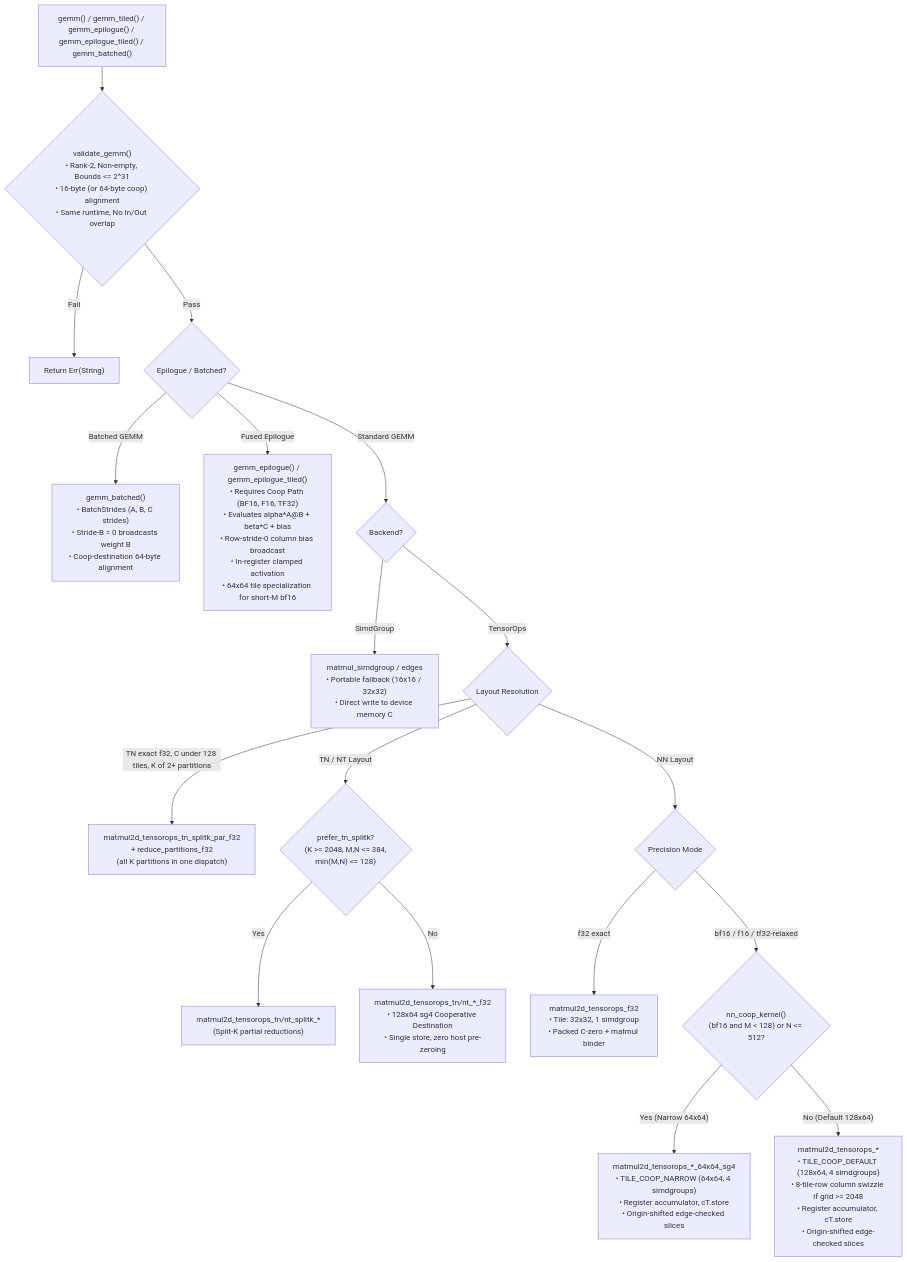
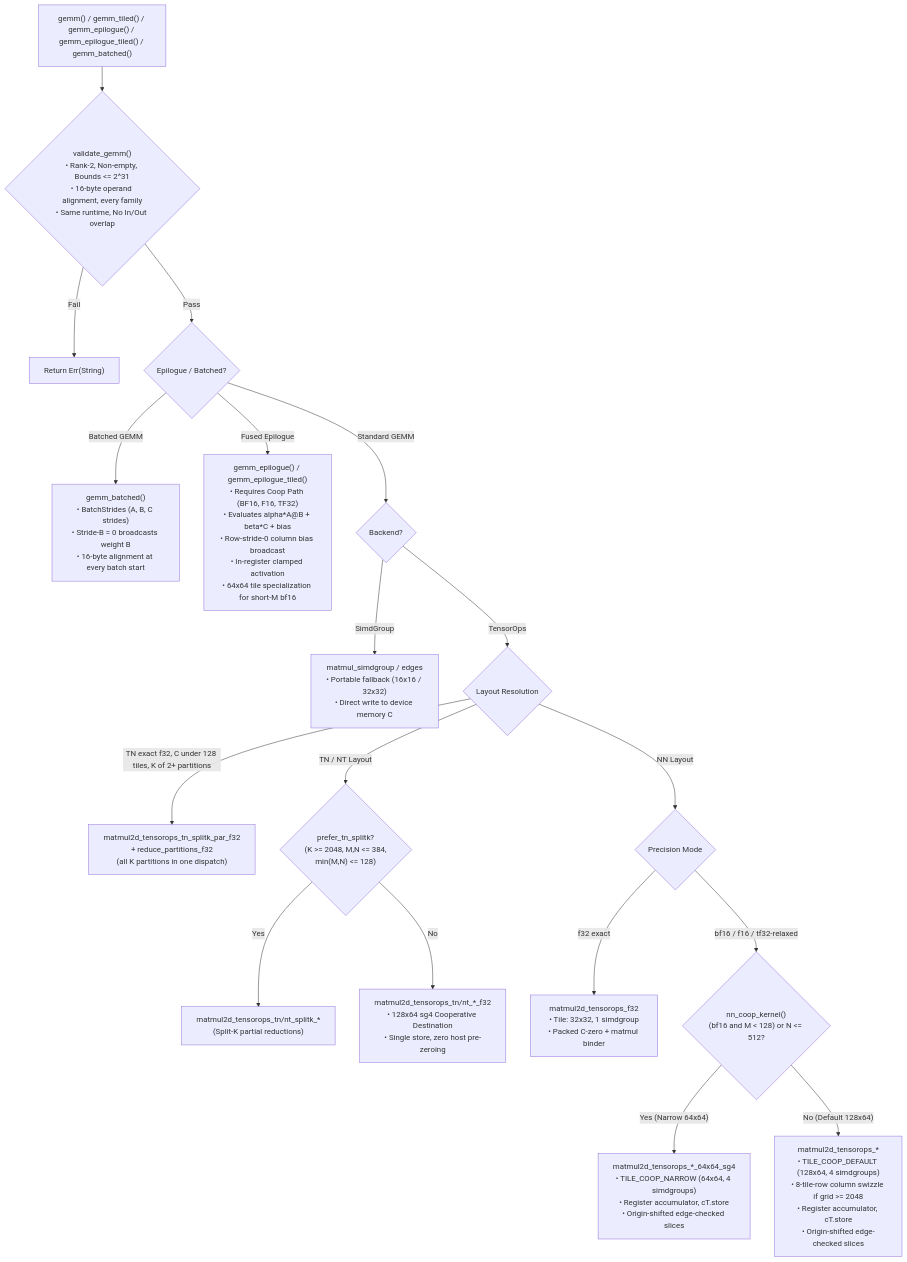
The third of 4 diagrams in README.md (bharathvbcr/tessl), drawn with Mermaid before and after one commit. The commit also changed 9 other files, not shown here.

````diff
--- a/README.md
+++ b/README.md
@@ -219,28 +219,28 @@
 ```mermaid
 flowchart TD
-    Start["gemm() / gemm_tiled() / gemm_epilogue() / gemm_epilogue_tiled() / gemm_batched()"] --> Validate{"validate_gemm()<br/>• Rank-2, Non-empty, Bounds &lt;= 2^31<br/>• 16-byte (or 64-byte coop) alignment<br/>• Same runtime, No In/Out overlap"}
+    Start["gemm() / gemm_tiled() / gemm_epilogue() / gemm_epilogue_tiled() / gemm_batched()"] --> Validate{"validate_gemm()<br/>• Rank-2, Non-empty, Bounds &lt;= 2^31<br/>• 16-byte operand alignment, every family<br/>• Same runtime, No In/Out overlap"}
     Validate -- Fail --> Err["Return Err(String)"]
     Validate -- Pass --> EpilogueCheck{"Epilogue / Batched?"}
 
-    EpilogueCheck -- "Batched GEMM" --> BatchedDispatch["gemm_batched()<br/>• BatchStrides (A, B, C strides)<br/>• Stride-B = 0 broadcasts weight B<br/>• Coop-destination 64-byte alignment"]
+    EpilogueCheck -- "Batched GEMM" --> BatchedDispatch["gemm_batched()<br/>• BatchStrides (A, B, C strides)<br/>• Stride-B = 0 broadcasts weight B<br/>• 16-byte alignment at every batch start"]
     EpilogueCheck -- "Fused Epilogue" --> EpilogueDispatch["gemm_epilogue() / gemm_epilogue_tiled()<br/>• Requires Coop Path (BF16, F16, TF32)<br/>• Evaluates alpha*A@B + beta*C + bias<br/>• Row-stride-0 column bias broadcast<br/>• In-register clamped activation<br/>• 64x64 tile specialization for short-M bf16"]
     EpilogueCheck -- "Standard GEMM" --> BackendCheck{"Backend?"}
 
     BackendCheck -- SimdGroup --> SimdGroupKernel["matmul_simdgroup / edges<br/>• Portable fallback (16x16 / 32x32)<br/>• Direct write to device memory C"]
     BackendCheck -- TensorOps --> LayoutCheck{"Layout Resolution"}
 
     LayoutCheck -- "TN exact f32, C under 128 tiles, K of 2+ partitions" --> ParTN["matmul2d_tensorops_tn_splitk_par_f32<br/>+ reduce_partitions_f32<br/>(all K partitions in one dispatch)"]
     LayoutCheck -- "TN / NT Layout" --> SplitKCheck{"prefer_tn_splitk?<br/>(K &gt;= 2048, M,N &lt;= 384,<br/>min(M,N) &lt;= 128)"}
     SplitKCheck -- Yes --> SplitKKernel["matmul2d_tensorops_tn/nt_splitk_*<br/>(Split-K partial reductions)"]
     SplitKCheck -- No --> CoopTN["matmul2d_tensorops_tn/nt_*_f32<br/>• 128x64 sg4 Cooperative Destination<br/>• Single store, zero host pre-zeroing"]
 
     LayoutCheck -- "NN Layout" --> PrecisionCheck{"Precision Mode"}
     
     PrecisionCheck -- "f32 exact" --> F32Exact["matmul2d_tensorops_f32<br/>• Tile: 32x32, 1 simdgroup<br/>• Packed C-zero + matmul binder"]
     
     PrecisionCheck -- "bf16 / f16 / tf32-relaxed" --> NNTable{"nn_coop_kernel()<br/>(bf16 and M &lt; 128) or N &lt;= 512?"}
     
     NNTable -- "Yes (Narrow 64x64)" --> NNNarrow["matmul2d_tensorops_*_64x64_sg4<br/>• TILE_COOP_NARROW (64x64, 4 simdgroups)<br/>• Register accumulator, cT.store<br/>• Origin-shifted edge-checked slices"]
     
     NNTable -- "No (Default 128x64)" --> NNDefault["matmul2d_tensorops_*<br/>• TILE_COOP_DEFAULT (128x64, 4 simdgroups)<br/>• 8-tile-row column swizzle if grid &gt;= 2048<br/>• Register accumulator, cT.store<br/>• Origin-shifted edge-checked slices"]
 ```
````
